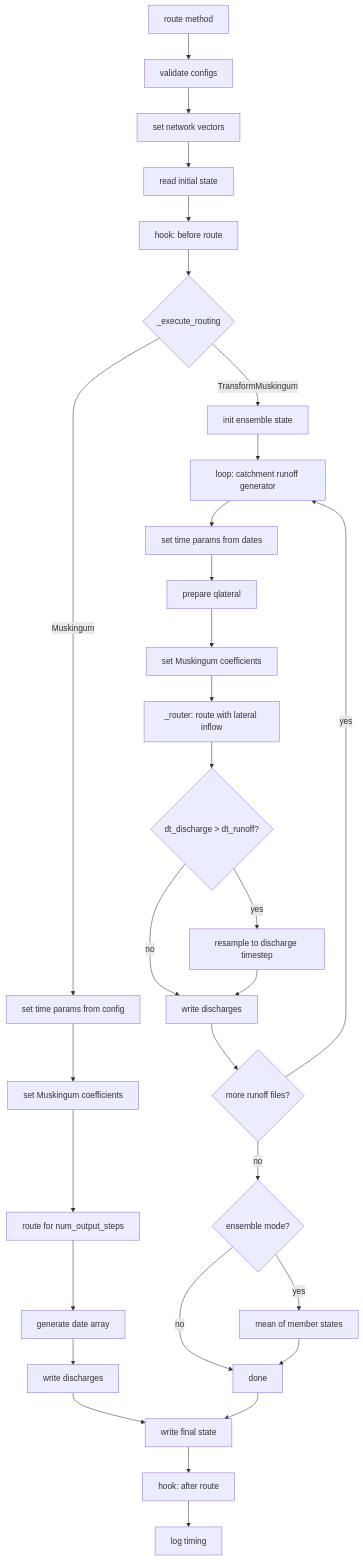
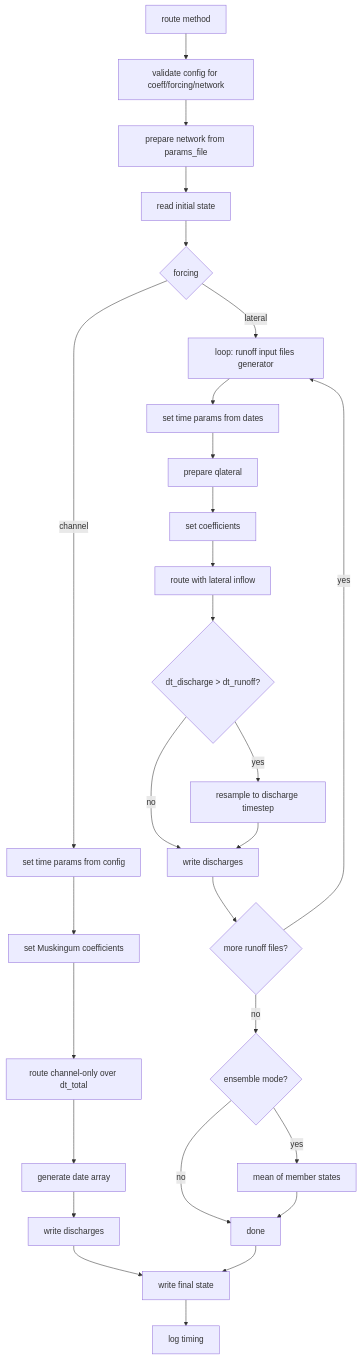
One commit to rileyhales/river-route changed the diagram in docs/tutorial/advanced.md. Above: the diagram before and after it, drawn with Mermaid. The commit also changed other lines of this file and 37 other files, not shown here.

````diff
--- a/docs/tutorial/advanced.md
+++ b/docs/tutorial/advanced.md
@@ -3,36 +3,33 @@
 ```mermaid
 graph TD
-    A[route method] --> B[validate configs]
-    B --> C[set network vectors]
+    A[route method] --> B[validate config for coeff/forcing/network]
+    B --> C[prepare network from params_file]
     C --> D[read initial state]
-    D --> E[hook: before route]
-    E --> F{_execute_routing}
+    D --> E{forcing}
 
-    F -->|Muskingum| G[set time params from config]
-    G --> H[set Muskingum coefficients]
-    H --> I[route for num_output_steps]
-    I --> J[generate date array]
-    J --> K[write discharges]
+    E -->|channel| F[set time params from config]
+    F --> G[set Muskingum coefficients]
+    G --> H[route channel-only over dt_total]
+    H --> I[generate date array]
+    I --> J[write discharges]
 
-    F -->|TransformMuskingum| L[init ensemble state]
-    L --> M[loop: catchment runoff generator]
-    M --> N[set time params from dates]
-    N --> O[prepare qlateral]
-    O --> P[set Muskingum coefficients]
-    P --> Q[_router: route with lateral inflow]
-    Q --> R{dt_discharge > dt_runoff?}
-    R -->|yes| S[resample to discharge timestep]
-    R -->|no| T[write discharges]
-    S --> T
-    T --> U{more runoff files?}
-    U -->|yes| M
-    U -->|no| V{ensemble mode?}
-    V -->|yes| W[mean of member states]
-    V -->|no| X[done]
-    W --> X
+    E -->|lateral| K[loop: runoff input files generator]
+    K --> L[set time params from dates]
+    L --> M[prepare qlateral]
+    M --> N[set coefficients]
+    N --> O[route with lateral inflow]
+    O --> P{dt_discharge > dt_runoff?}
+    P -->|yes| Q[resample to discharge timestep]
+    P -->|no| R[write discharges]
+    Q --> R
+    R --> S{more runoff files?}
+    S -->|yes| K
+    S -->|no| T{ensemble mode?}
+    T -->|yes| U[mean of member states]
+    T -->|no| V[done]
+    U --> V
 
-    K --> Y[write final state]
-    X --> Y
-    Y --> Z[hook: after route]
-    Z --> AA[log timing]
+    J --> W[write final state]
+    V --> W
+    W --> X[log timing]
 ```
````
